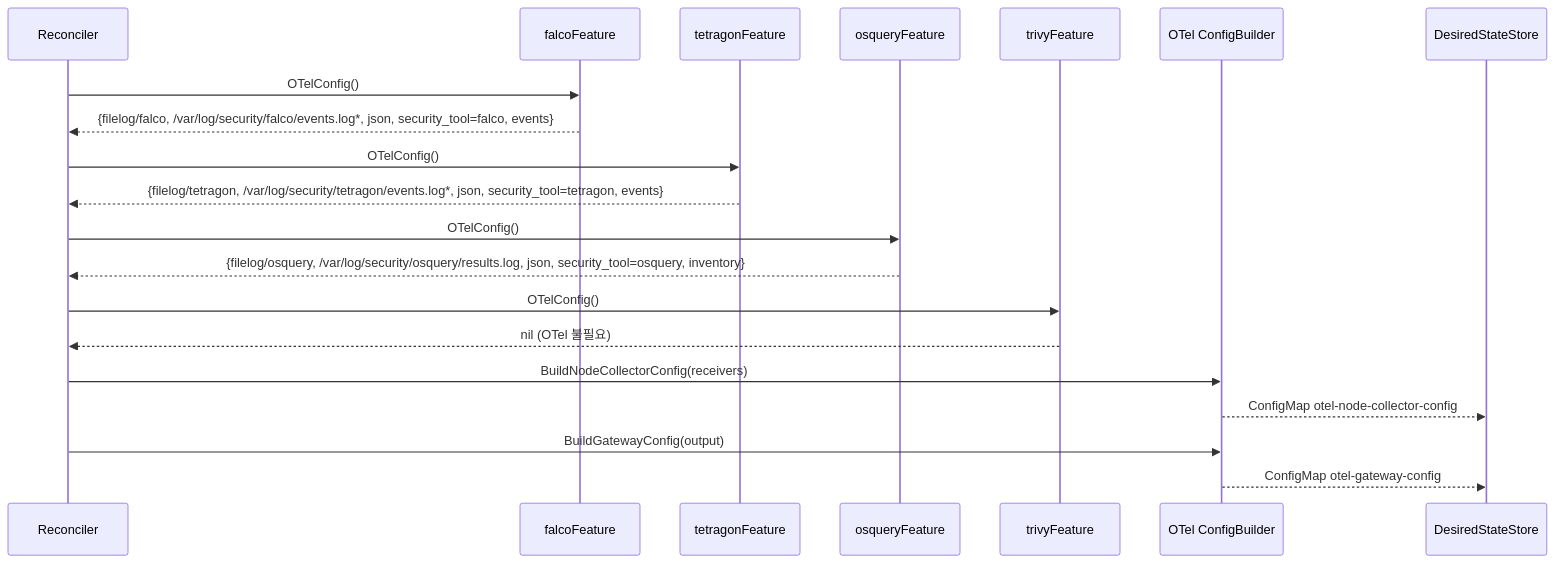
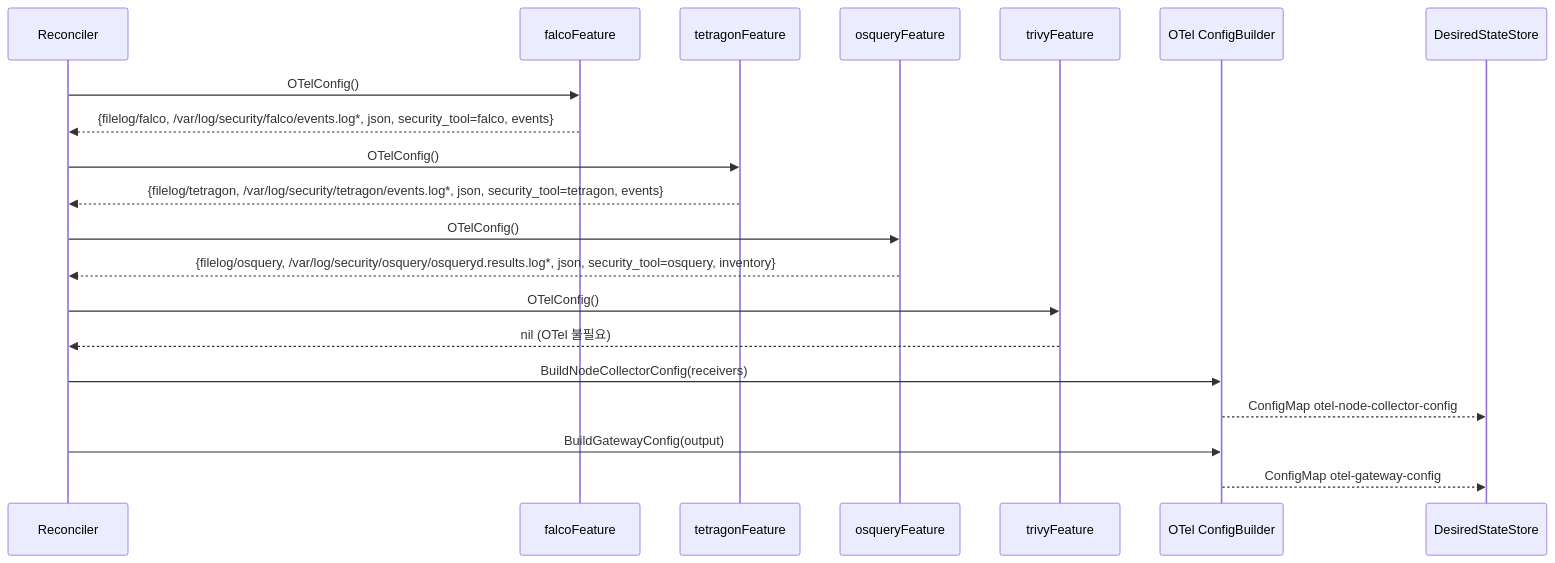
One commit to gs-kikim/security-operator changed the eighth of 13 diagrams in docs/poc/building-security-operator.md. Above: the diagram before and after it, drawn with Mermaid. The commit also changed other lines of this file and 9 other files, not shown here.

````diff
--- a/docs/poc/building-security-operator.md
+++ b/docs/poc/building-security-operator.md
@@ -724,28 +724,28 @@
 ```mermaid
 sequenceDiagram
     participant R as Reconciler
     participant Falco as falcoFeature
     participant Tetragon as tetragonFeature
     participant OSquery as osqueryFeature
     participant Trivy as trivyFeature
     participant Builder as OTel ConfigBuilder
     participant Store as DesiredStateStore
 
     R->>Falco: OTelConfig()
     Falco-->>R: {filelog/falco, /var/log/security/falco/events.log*, json, security_tool=falco, events}
 
     R->>Tetragon: OTelConfig()
     Tetragon-->>R: {filelog/tetragon, /var/log/security/tetragon/events.log*, json, security_tool=tetragon, events}
 
     R->>OSquery: OTelConfig()
-    OSquery-->>R: {filelog/osquery, /var/log/security/osquery/results.log, json, security_tool=osquery, inventory}
+    OSquery-->>R: {filelog/osquery, /var/log/security/osquery/osqueryd.results.log*, json, security_tool=osquery, inventory}
 
     R->>Trivy: OTelConfig()
     Trivy-->>R: nil (OTel 불필요)
 
     R->>Builder: BuildNodeCollectorConfig(receivers)
     Builder-->>Store: ConfigMap otel-node-collector-config
 
     R->>Builder: BuildGatewayConfig(output)
     Builder-->>Store: ConfigMap otel-gateway-config
 ```
````
